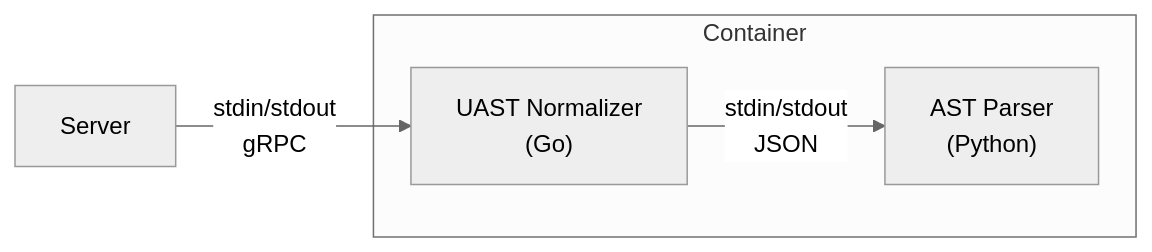
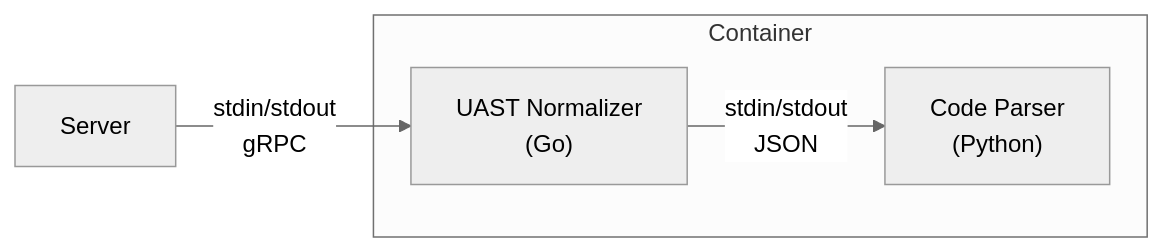
The second of 2 diagrams in architecture.md (bblfsh/documentation), drawn with Mermaid (neutral theme) before and after one commit. The commit also changed other lines of this file, not shown here.

Commit message:
Renamed AST parser to code parser

````diff
--- a/architecture.md
+++ b/architecture.md
@@ -37,7 +37,7 @@
 ```mermaid
 graph LR
     Server-- stdin/stdout<br/>gRPC -->UAST
     subgraph Container
-        UAST["UAST Normalizer<br/>(Go)"]-- stdin/stdout<br/>JSON -->AST["AST Parser<br/>(Python)"]
+        UAST["UAST Normalizer<br/>(Go)"]-- stdin/stdout<br/>JSON -->AST["Code Parser<br/>(Python)"]
     end
 ```
````
